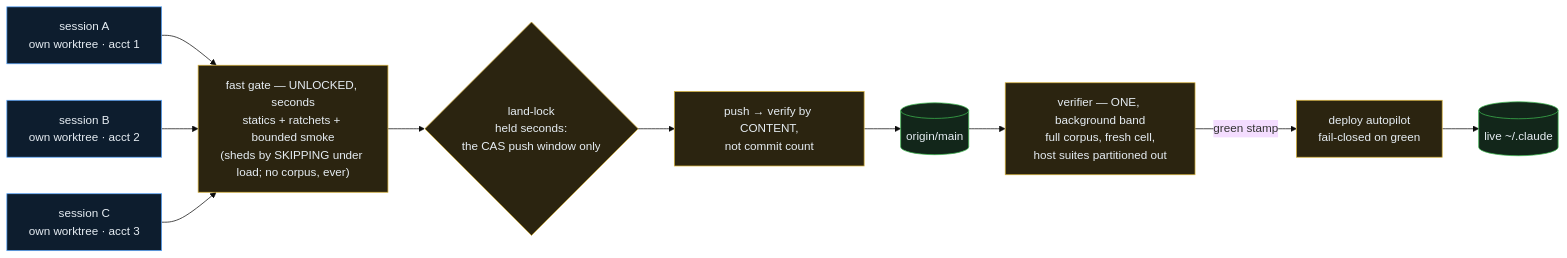
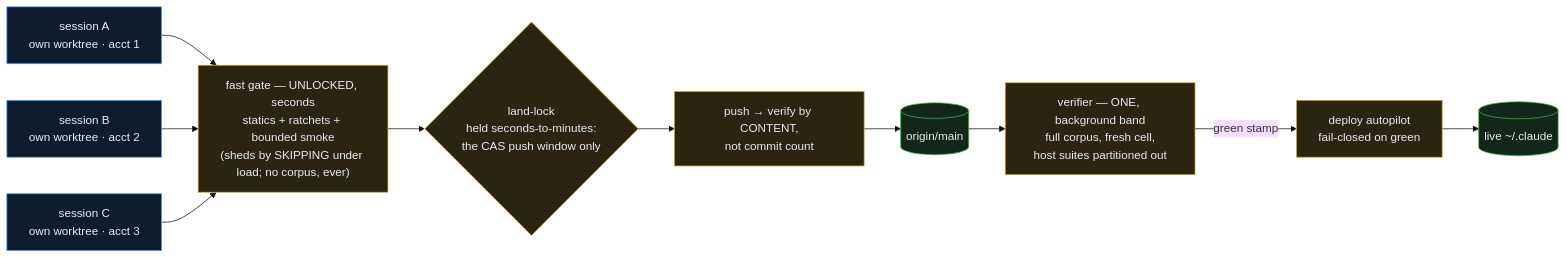
The second of 5 diagrams in README.md (renchris/claude-infrastructure), drawn with Mermaid (base theme) before and after one commit. The commit also changed other lines of this file and 9 other files, not shown here.

````diff
--- a/README.md
+++ b/README.md
@@ -145,19 +145,19 @@
 ```mermaid
 flowchart LR
     A["session A<br/>own worktree · acct 1"] --> G
     B["session B<br/>own worktree · acct 2"] --> G
     C["session C<br/>own worktree · acct 3"] --> G
     G["fast gate — UNLOCKED, seconds<br/>statics + ratchets + bounded smoke<br/>(sheds by SKIPPING under load; no corpus, ever)"]
-    G --> Lock{"land-lock<br/>held seconds:<br/>the CAS push window only"}
+    G --> Lock{"land-lock<br/>held seconds-to-minutes:<br/>the CAS push window only"}
     Lock --> Push["push → verify by CONTENT,<br/>not commit count"]
     Push --> Trunk[("origin/main")]
     Trunk --> V["verifier — ONE, background band<br/>full corpus, fresh cell,<br/>host suites partitioned out"]
     V -->|"green stamp"| D["deploy autopilot<br/>fail-closed on green"]
     D --> Live[("live ~/.claude")]
     classDef w fill:#0d1d2e,stroke:#58a6ff,color:#e6edf3
     classDef k fill:#2b2410,stroke:#d4af37,color:#e6edf3
     classDef t fill:#12261a,stroke:#3fb950,color:#e6edf3
     class A,B,C w
     class G,Lock,Push,V,D k
     class Trunk,Live t
 ```
````
